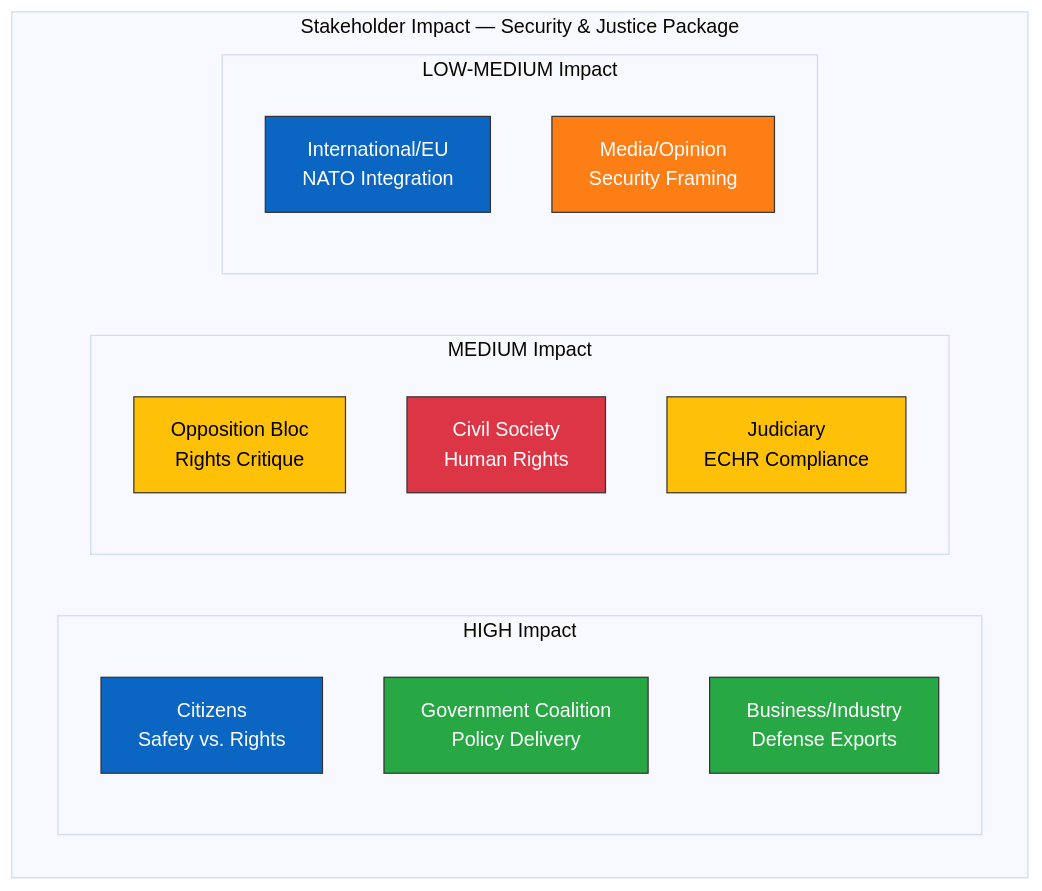
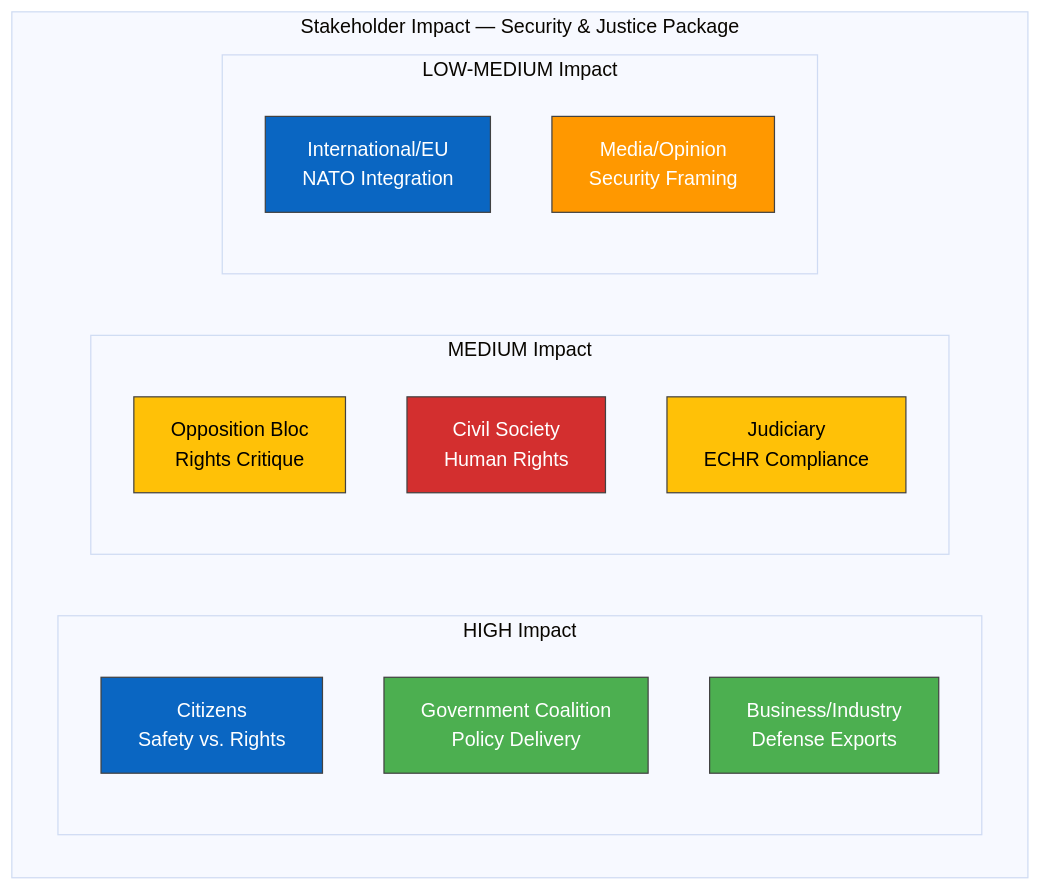
The diagram in analysis/daily/2026-04-04/realtime-1212/stakeholder-perspectives.md (Hack23/riksdagsmonitor), drawn with Mermaid (base theme) before and after one commit. The commit also changed 785 other files, not shown here.

First line of the commit message:
Normalize mermaid colors across 786 analysis artifacts to ISMS Style Guide palette

````diff
--- a/analysis/daily/2026-04-04/realtime-1212/stakeholder-perspectives.md
+++ b/analysis/daily/2026-04-04/realtime-1212/stakeholder-perspectives.md
@@ -18,27 +18,27 @@
 ```mermaid
 graph TD
     subgraph "Stakeholder Impact — Security & Justice Package"
         subgraph "HIGH Impact"
             C["Citizens<br/>Safety vs. Rights"]
             GC["Government Coalition<br/>Policy Delivery"]
             BI["Business/Industry<br/>Defense Exports"]
         end
         subgraph "MEDIUM Impact"
             OB["Opposition Bloc<br/>Rights Critique"]
             CS["Civil Society<br/>Human Rights"]
             JC["Judiciary<br/>ECHR Compliance"]
         end
         subgraph "LOW-MEDIUM Impact"
             IE["International/EU<br/>NATO Integration"]
             MP["Media/Opinion<br/>Security Framing"]
         end
     end
-    style C fill:#0A66C2,stroke:#333,color:#fff
-    style GC fill:#28a745,stroke:#333,color:#fff
-    style BI fill:#28a745,stroke:#333,color:#fff
-    style OB fill:#ffc107,stroke:#333,color:#000
-    style CS fill:#dc3545,stroke:#333,color:#fff
-    style JC fill:#ffc107,stroke:#333,color:#000
-    style IE fill:#0A66C2,stroke:#333,color:#fff
-    style MP fill:#fd7e14,stroke:#333,color:#fff
+    style C fill:#0A66C2,stroke:#424242,color:#FFFFFF
+    style GC fill:#4CAF50,stroke:#424242,color:#FFFFFF
+    style BI fill:#4CAF50,stroke:#424242,color:#FFFFFF
+    style OB fill:#FFC107,stroke:#424242,color:#000000
+    style CS fill:#D32F2F,stroke:#424242,color:#FFFFFF
+    style JC fill:#FFC107,stroke:#424242,color:#000000
+    style IE fill:#0A66C2,stroke:#424242,color:#FFFFFF
+    style MP fill:#FF9800,stroke:#424242,color:#FFFFFF
 ```
````
